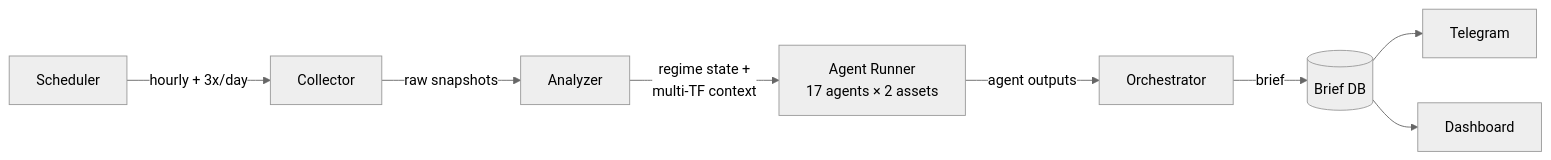
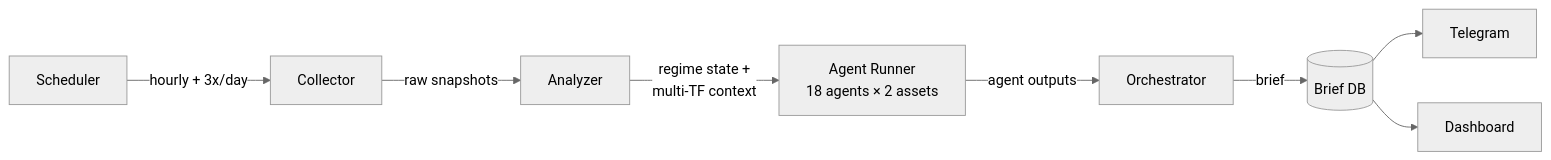
The diagram in docs/technical_spec.md (vanya2h/market_intelligence), drawn with Mermaid (neutral theme) before and after one commit. The commit also changed other lines of this file and 5 other files, not shown here.

````diff
--- a/docs/technical_spec.md
+++ b/docs/technical_spec.md
@@ -18,10 +18,10 @@
 ```mermaid
 graph LR
     S[Scheduler] -->|hourly + 3x/day| C[Collector]
     C -->|raw snapshots| A[Analyzer]
-    A -->|regime state +<br/>multi-TF context| R[Agent Runner<br/>17 agents × 2 assets]
+    A -->|regime state +<br/>multi-TF context| R[Agent Runner<br/>18 agents × 2 assets]
     R -->|agent outputs| O[Orchestrator]
     O -->|brief| DB[(Brief DB)]
     DB --> T[Telegram]
     DB --> D[Dashboard]
 ```
````
